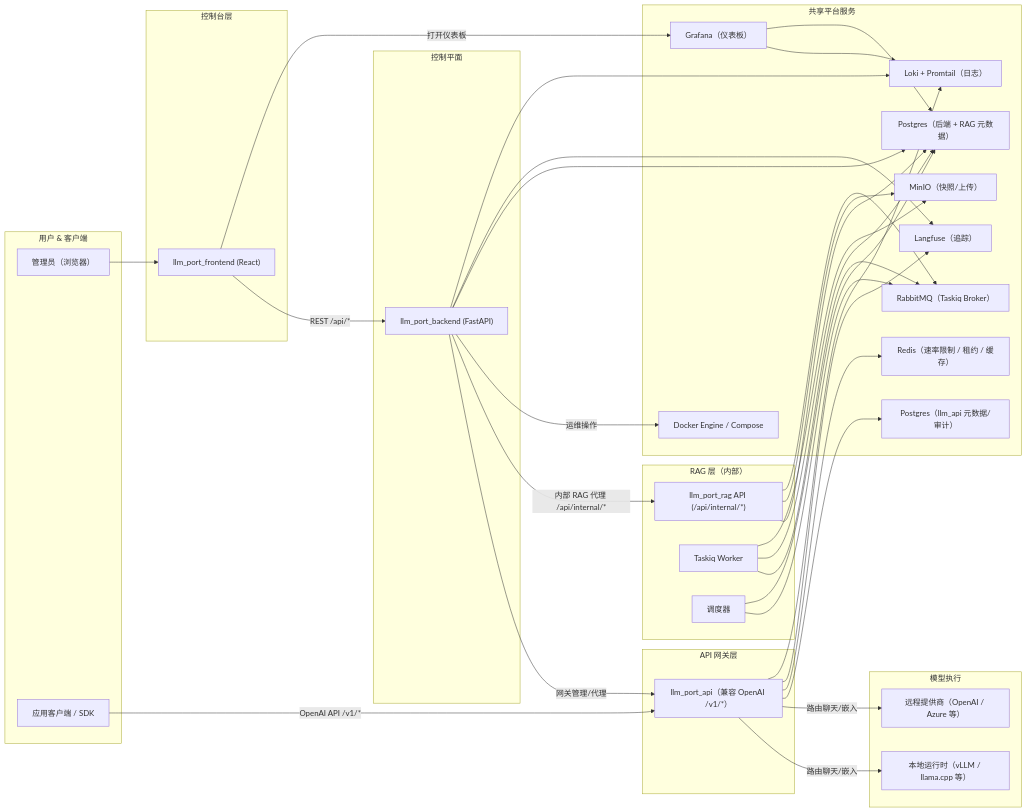
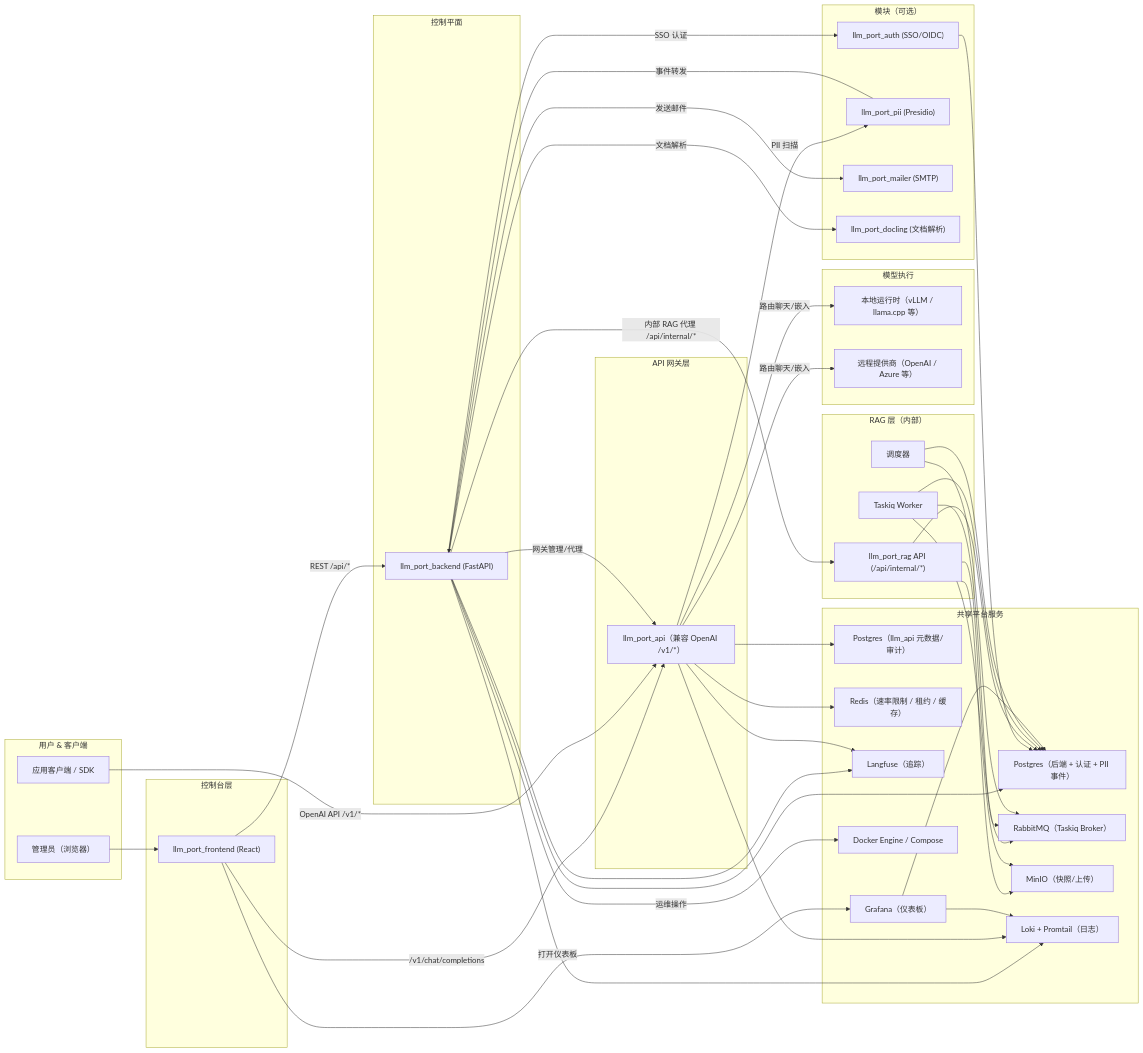
One commit to llm-port/llm-port.github.io changed the diagram in i18n/zh-Hans/docusaurus-plugin-content-docs/current/architecture.md. Above: the diagram before and after it, drawn with Mermaid. The commit also changed other lines of this file and 46 other files, not shown here.

```diff
--- a/i18n/zh-Hans/docusaurus-plugin-content-docs/current/architecture.md
+++ b/i18n/zh-Hans/docusaurus-plugin-content-docs/current/architecture.md
@@ -27,6 +27,13 @@
         API["llm_port_api（兼容 OpenAI /v1/*）"]
     end
 
+    subgraph Modules["模块（可选）"]
+        AUTH["llm_port_auth (SSO/OIDC)"]
+        PII["llm_port_pii (Presidio)"]
+        MAILER["llm_port_mailer (SMTP)"]
+        DOCLING["llm_port_docling (文档解析)"]
+    end
+
     subgraph RAG["RAG 层（内部）"]
         RAGAPI["llm_port_rag API (/api/internal/*)"]
         RAGW["Taskiq Worker"]
@@ -39,7 +46,7 @@
     end
 
     subgraph Shared["共享平台服务"]
-        PGMAIN["Postgres（后端 + RAG 元数据）"]
+        PGMAIN["Postgres（后端 + 认证 + PII 事件）"]
         PGAPI["Postgres（llm_api 元数据/审计）"]
         REDIS["Redis（速率限制 / 租约 / 缓存）"]
         RMQ["RabbitMQ（Taskiq Broker）"]
@@ -52,6 +59,7 @@
 
     U1 --> FE
     FE -->|REST /api/*| BE
+    FE -->|/v1/chat/completions| API
     U2 -->|OpenAI API /v1/*| API
 
     BE -->|网关管理/代理| API
@@ -61,12 +69,20 @@
     BE --> LANGFUSE
     BE --> LOKI
 
+    API -->|PII 扫描| PII
     API -->|路由聊天/嵌入| LOCAL
     API -->|路由聊天/嵌入| REMOTE
     API --> PGAPI
     API --> REDIS
     API --> LANGFUSE
     API --> LOKI
+
+    PII -->|事件转发| BE
+
+    AUTH --> PGMAIN
+    BE -->|SSO 认证| AUTH
+    BE -->|发送邮件| MAILER
+    BE -->|文档解析| DOCLING
 
     RAGAPI --> PGMAIN
     RAGAPI --> MINIO
```
